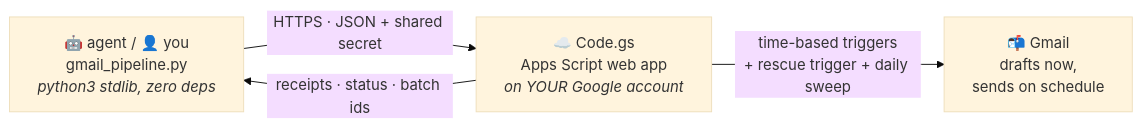
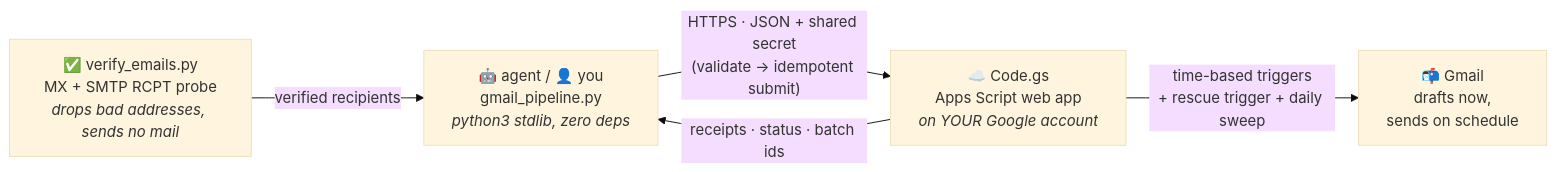
Before and after one commit to genius-harry/auto-email-sender: the diagram in README.md, drawn with Mermaid (base theme).

Commit message:
Add verify step to the architecture diagram (verify → send → schedule)

````diff
--- a/README.md
+++ b/README.md
@@ -40,9 +40,11 @@
 ```mermaid
 flowchart LR
+    V["✅ verify_emails.py<br/>MX + SMTP RCPT probe<br/><i>drops bad addresses, sends no mail</i>"]
     A["🤖 agent / 👤 you<br/>gmail_pipeline.py<br/><i>python3 stdlib, zero deps</i>"]
     B["☁️ Code.gs<br/>Apps Script web app<br/><i>on YOUR Google account</i>"]
     C["📬 Gmail<br/>drafts now,<br/>sends on schedule"]
-    A -- "HTTPS · JSON + shared secret" --> B
+    V -- "verified recipients" --> A
+    A -- "HTTPS · JSON + shared secret<br/>(validate → idempotent submit)" --> B
     B -- "receipts · status · batch ids" --> A
     B -- "time-based triggers<br/>+ rescue trigger + daily sweep" --> C
 ```
````
